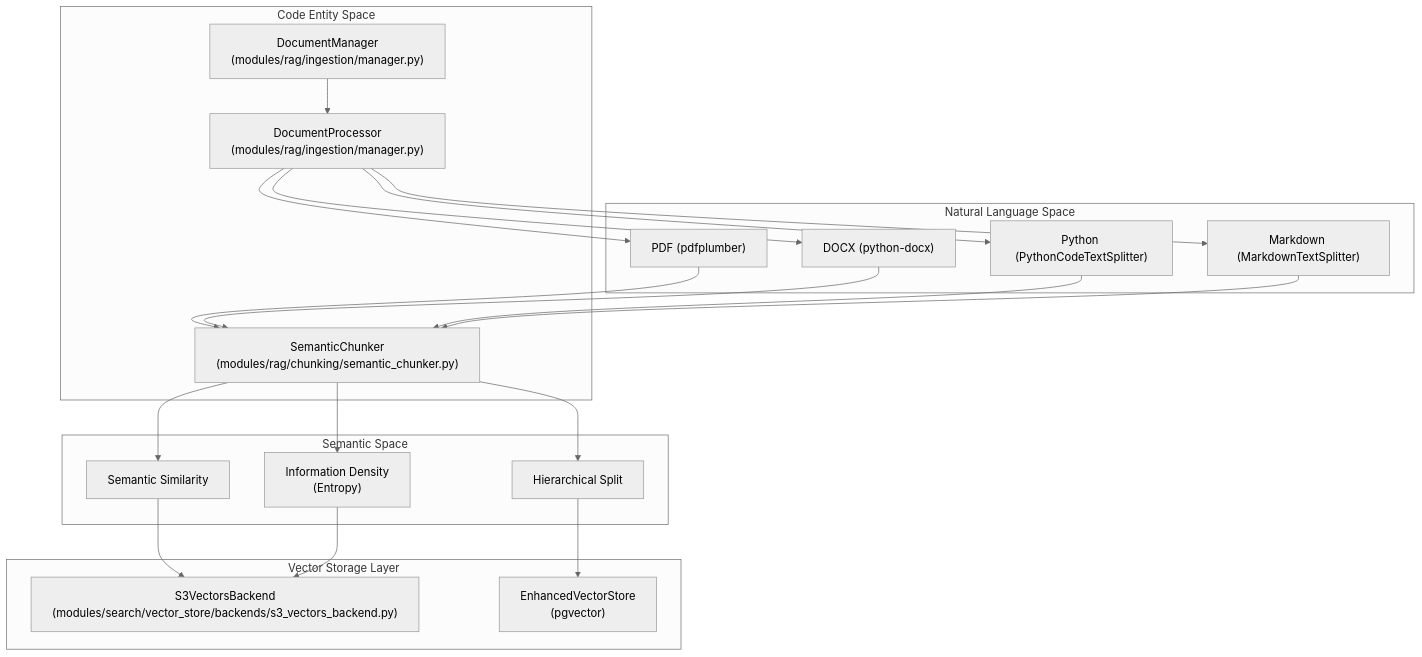
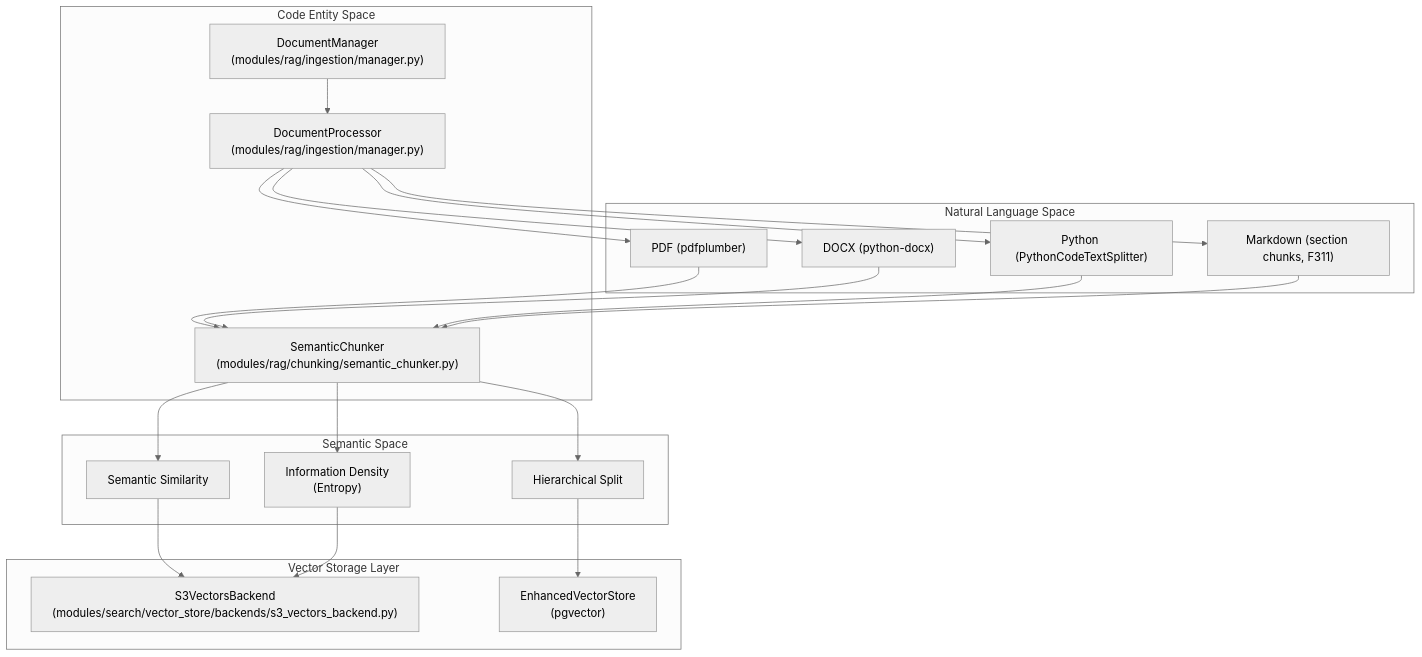
One commit to AutomatosAI/automatos-ai changed the first of 3 diagrams in docs/knowledge-base-rag/semantic-chunking-strategies.md. Above: the diagram before and after it, drawn with Mermaid (neutral theme). The commit also changed other lines of this file and 5 other files, not shown here.

````diff
--- a/docs/knowledge-base-rag/semantic-chunking-strategies.md
+++ b/docs/knowledge-base-rag/semantic-chunking-strategies.md
@@ -53,45 +53,45 @@
 ```mermaid
 graph TB
     subgraph "Natural Language Space"
         PDF["PDF (pdfplumber)"]
         DOCX["DOCX (python-docx)"]
         CODE["Python (PythonCodeTextSplitter)"]
-        MD["Markdown (MarkdownTextSplitter)"]
+        MD["Markdown (section chunks, F311)"]
     end
 
     subgraph "Code Entity Space"
         DocManager["DocumentManager<br/>(modules/rag/ingestion/manager.py)"]
         Proc["DocumentProcessor<br/>(modules/rag/ingestion/manager.py)"]
         SChunker["SemanticChunker<br/>(modules/rag/chunking/semantic_chunker.py)"]
     end
     
     subgraph "Semantic Space"
         Sim["Semantic Similarity"]
         Entropy["Information Density<br/>(Entropy)"]
         Hier["Hierarchical Split"]
     end
 
     subgraph "Vector Storage Layer"
         S3V["S3VectorsBackend<br/>(modules/search/vector_store/backends/s3_vectors_backend.py)"]
         PGV["EnhancedVectorStore<br/>(pgvector)"]
     end
 
     DocManager --> Proc
     Proc --> PDF
     Proc --> DOCX
     Proc --> CODE
     Proc --> MD
     
     PDF --> SChunker
     DOCX --> SChunker
     CODE --> SChunker
     MD --> SChunker
     
     SChunker --> Sim
     SChunker --> Entropy
     SChunker --> Hier
     
     Sim --> S3V
     Entropy --> S3V
     Hier --> PGV
 ```
````
